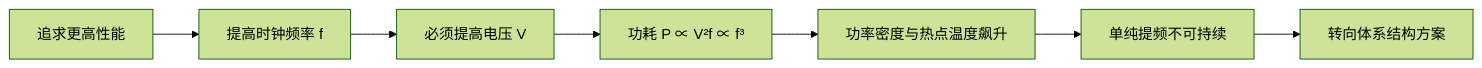
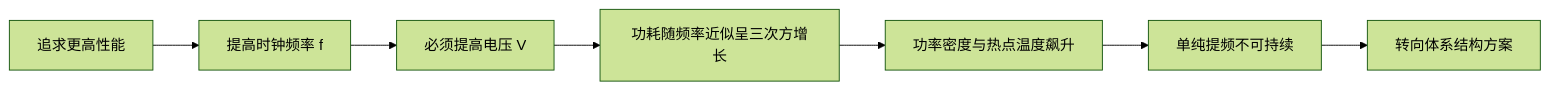
One commit to MiniYuanBot/note-buddy changed the diagram in computer-organization-and-architecture/output/L01/chapters/05-technology-trends-and-power-wall.md. Above: the diagram before and after it, drawn with Mermaid (forest theme). The commit also changed other lines of this file and 26 other files, not shown here.

````diff
--- a/computer-organization-and-architecture/output/L01/chapters/05-technology-trends-and-power-wall.md
+++ b/computer-organization-and-architecture/output/L01/chapters/05-technology-trends-and-power-wall.md
@@ -110,9 +112,9 @@
 ```mermaid
 flowchart LR
   A[追求更高性能] --> B[提高时钟频率 f]
   B --> C[必须提高电压 V]
-  C --> D["功耗 P ∝ V²f ∝ f³"]
+  C --> D["功耗随频率近似呈三次方增长"]
   D --> E[功率密度与热点温度飙升]
   E --> F[单纯提频不可持续]
   F --> G[转向体系结构方案]
 ```
````
